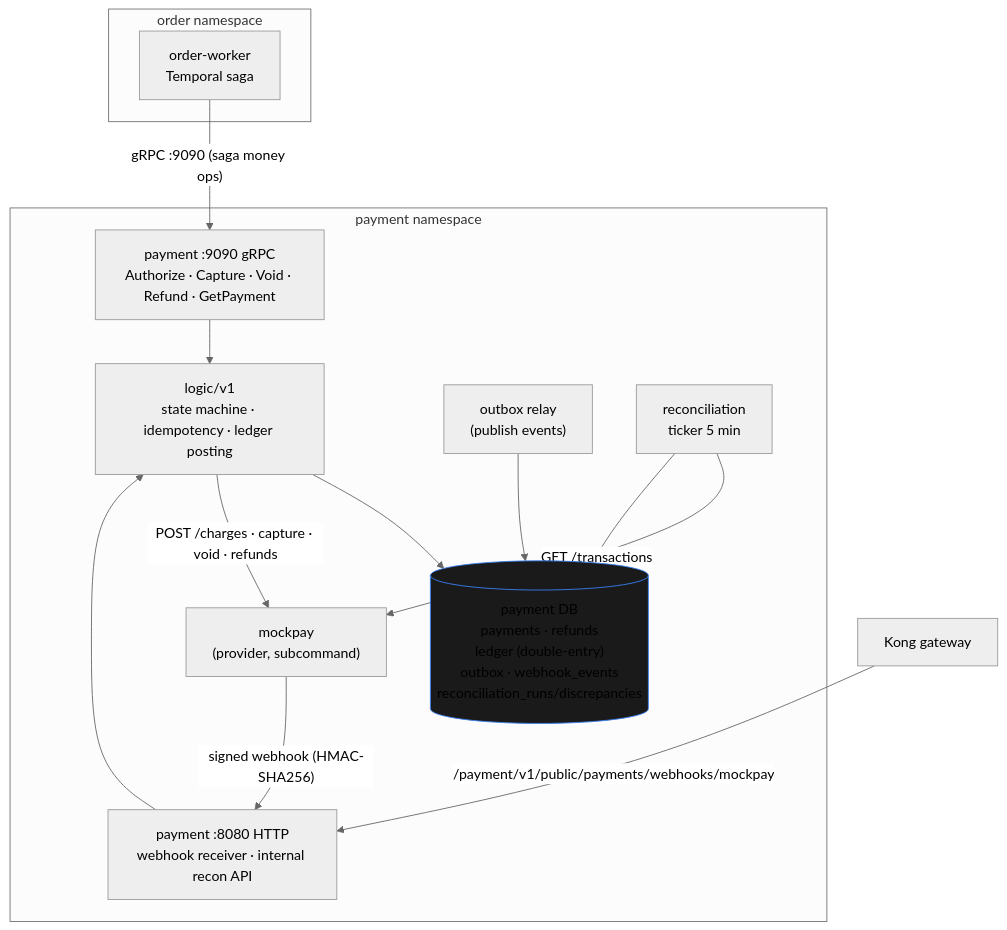
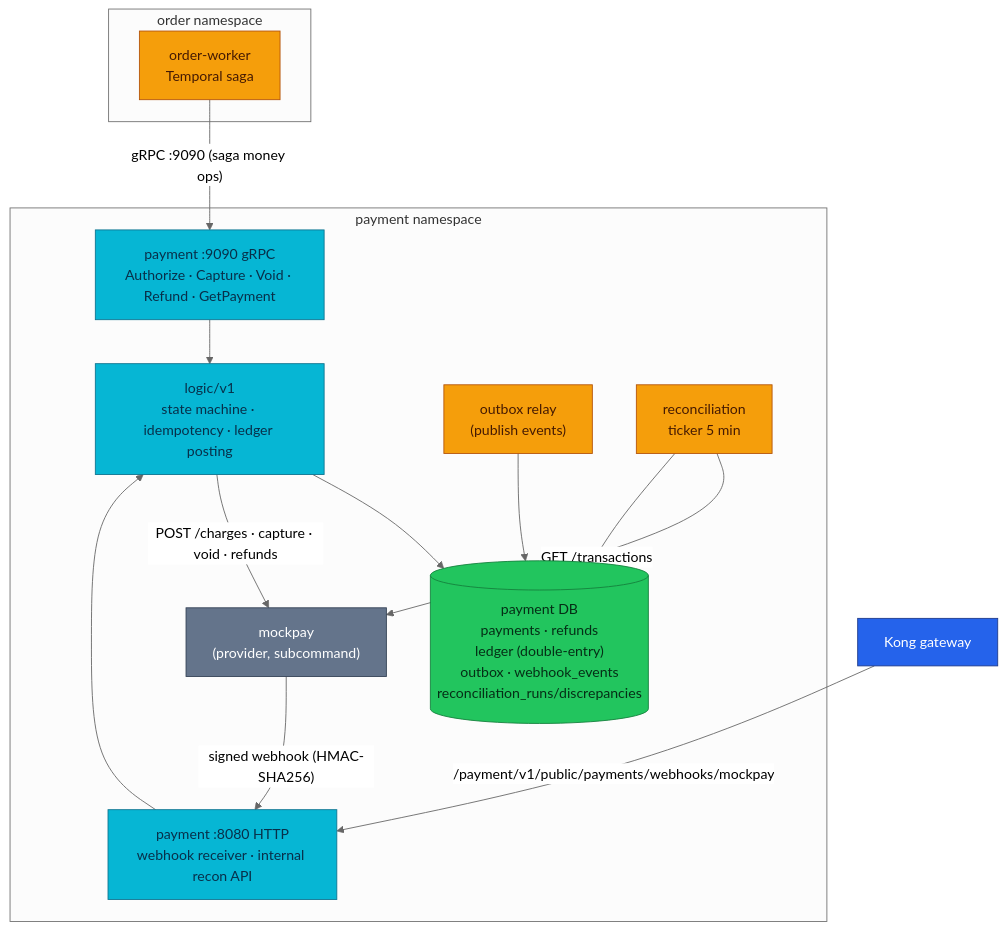
Before and after one commit to duynhlab/homelab: diagram 12 of 14 in docs/api/temporal-order-fulfillment.md, drawn with Mermaid (neutral theme). The commit also changed other lines of this file and 20 other files, not shown here.

````diff
--- a/docs/api/temporal-order-fulfillment.md
+++ b/docs/api/temporal-order-fulfillment.md
@@ -400,28 +479,36 @@
 ```mermaid
 flowchart TB
     subgraph order_ns["order namespace"]
         OW["order-worker<br/>Temporal saga"]
     end
     subgraph payment_ns["payment namespace"]
         PGRPC["payment :9090 gRPC<br/>Authorize · Capture · Void · Refund · GetPayment"]
         PHTTP["payment :8080 HTTP<br/>webhook receiver · internal recon API"]
         PLOGIC["logic/v1<br/>state machine · idempotency · ledger posting"]
         PDB[("payment DB<br/>payments · refunds<br/>ledger (double-entry)<br/>outbox · webhook_events<br/>reconciliation_runs/discrepancies")]
         MP["mockpay<br/>(provider, subcommand)"]
         RELAY["outbox relay<br/>(publish events)"]
         RECON["reconciliation<br/>ticker 5 min"]
         PGRPC --> PLOGIC
         PHTTP --> PLOGIC
         PLOGIC --> PDB
         PLOGIC -->|"POST /charges · capture · void · refunds"| MP
         MP -->|"signed webhook (HMAC-SHA256)"| PHTTP
         RELAY --> PDB
         RECON -->|"GET /transactions"| MP
         RECON --> PDB
     end
     OW -->|"gRPC :9090 (saga money ops)"| PGRPC
     KONG["Kong gateway"] -->|"/payment/v1/public/payments/webhooks/mockpay"| PHTTP
 
-    classDef db fill:#1a1a1a,stroke:#3b82f6;
-    class PDB db;
+    classDef edge fill:#2563eb,color:#fff,stroke:#1e3a8a;
+    classDef service fill:#06b6d4,color:#082f49,stroke:#0e7490;
+    classDef worker fill:#f59e0b,color:#451a03,stroke:#b45309;
+    classDef data fill:#22c55e,color:#052e16,stroke:#15803d;
+    classDef external fill:#64748b,color:#fff,stroke:#334155;
+    class KONG edge;
+    class PGRPC,PHTTP,PLOGIC service;
+    class OW,RELAY,RECON worker;
+    class PDB data;
+    class MP external;
 ```
````
